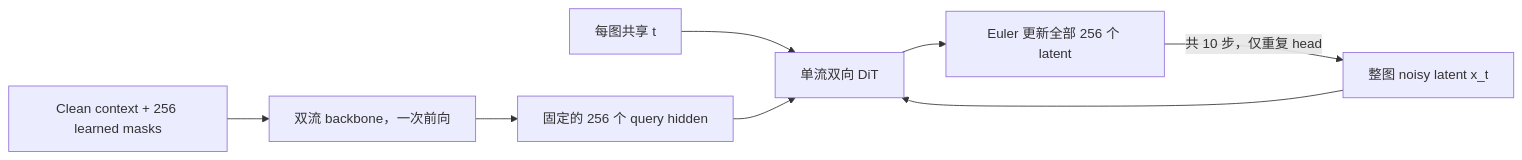
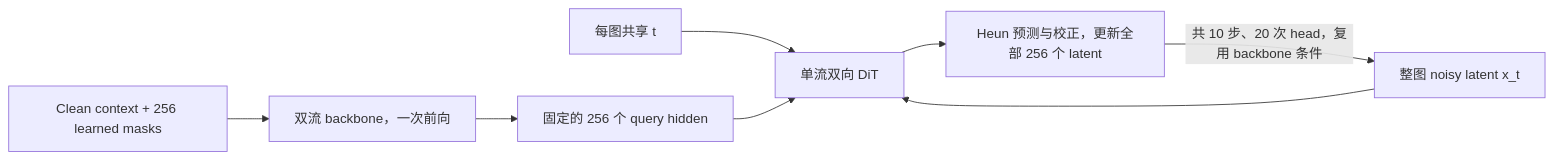
One commit to ADIOCLASSMATE/unified-mm changed the diagram in docs/Z_EXPERIMENT.md. Above: the diagram before and after it, drawn with Mermaid. The commit also changed other lines of this file and 14 other files, not shown here.

````diff
--- a/docs/Z_EXPERIMENT.md
+++ b/docs/Z_EXPERIMENT.md
@@ -19,10 +19,10 @@
 ```mermaid
 flowchart LR
     A[Clean context + 256 learned masks] --> B[双流 backbone，一次前向]
     B --> C[固定的 256 个 query hidden]
     N[整图 noisy latent x_t] --> D[单流双向 DiT]
     T[每图共享 t] --> D
     C --> D
-    D --> E[Euler 更新全部 256 个 latent]
-    E -->|共 10 步，仅重复 head| N
+    D --> E[Heun 预测与校正，更新全部 256 个 latent]
+    E -->|共 10 步、20 次 head，复用 backbone 条件| N
 ```
````
